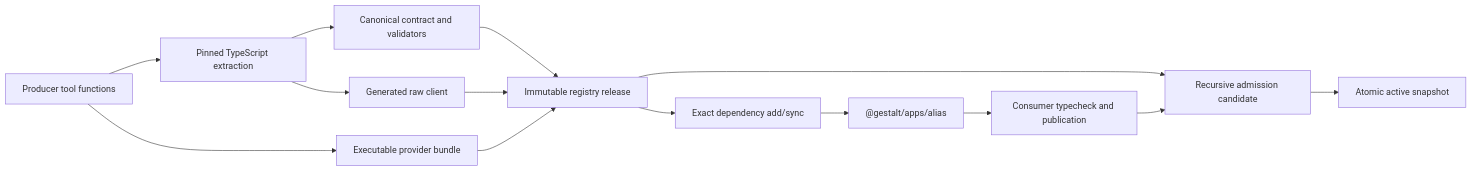
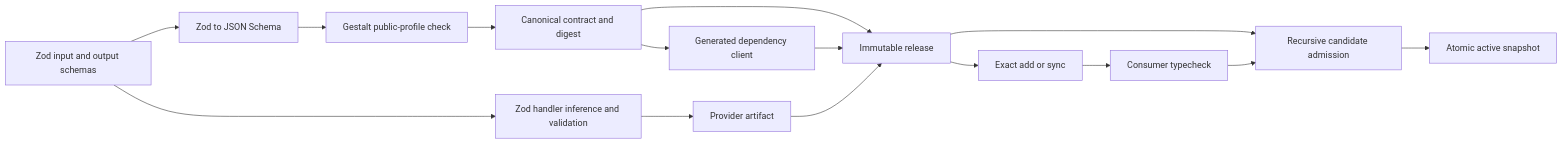
The diagram in sdk/typescript/experiments/typed-app-contracts/README.md (valon-technologies/gestalt), drawn with Mermaid before and after one commit. The commit also changed other lines of this file and 18 other files, not shown here.

First line of the commit message:
Replace contract extraction with Zod

````diff
--- a/sdk/typescript/experiments/typed-app-contracts/README.md
+++ b/sdk/typescript/experiments/typed-app-contracts/README.md
@@ -19,16 +63,17 @@
 ```mermaid
 flowchart LR
-    A["Producer tool functions"] --> B["Pinned TypeScript extraction"]
-    B --> C["Canonical contract and validators"]
-    B --> D["Generated raw client"]
-    A --> E["Executable provider bundle"]
-    C --> F["Immutable registry release"]
-    D --> F
-    E --> F
-    F --> G["Exact dependency add/sync"]
-    G --> H["@gestalt/apps/alias"]
-    H --> I["Consumer typecheck and publication"]
-    F --> J["Recursive admission candidate"]
-    I --> J
-    J --> K["Atomic active snapshot"]
+    A["Zod input and output schemas"] --> B["Zod handler inference and validation"]
+    A --> C["Zod to JSON Schema"]
+    C --> D["Gestalt public-profile check"]
+    D --> E["Canonical contract and digest"]
+    E --> F["Generated dependency client"]
+    B --> G["Provider artifact"]
+    E --> H["Immutable release"]
+    F --> H
+    G --> H
+    H --> I["Exact add or sync"]
+    I --> J["Consumer typecheck"]
+    H --> K["Recursive candidate admission"]
+    J --> K
+    K --> L["Atomic active snapshot"]
 ```
````
